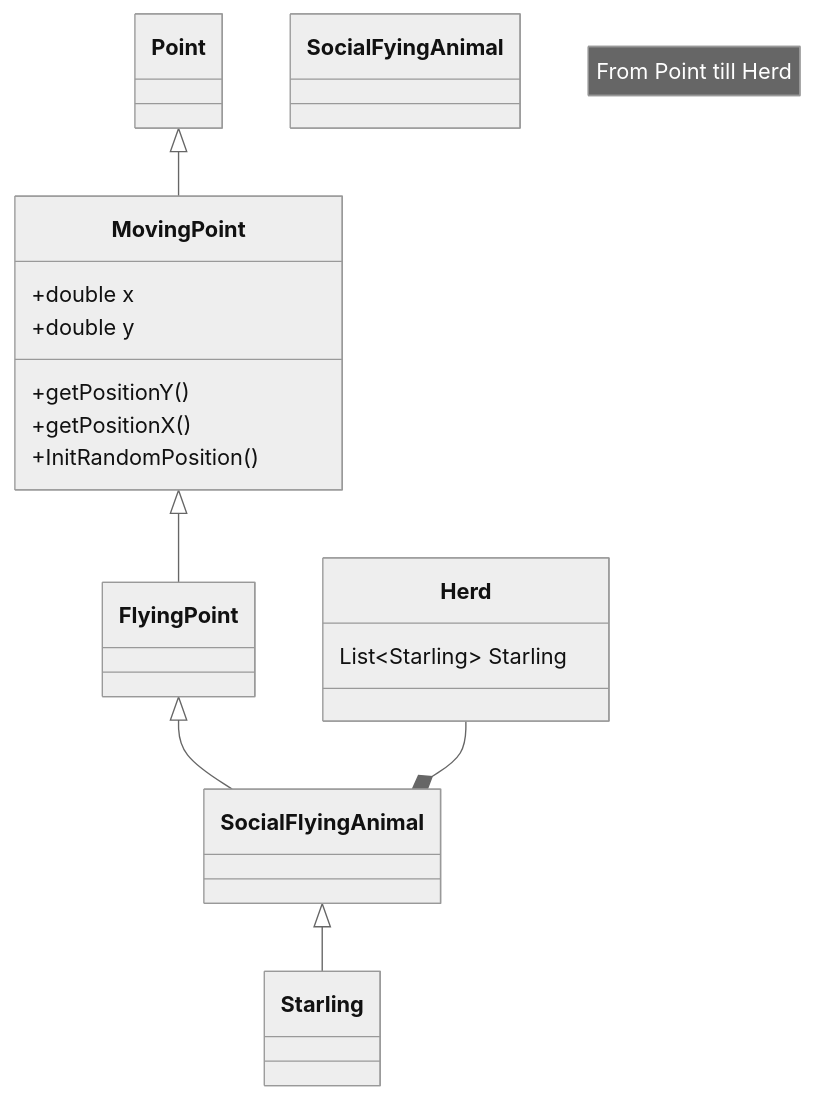
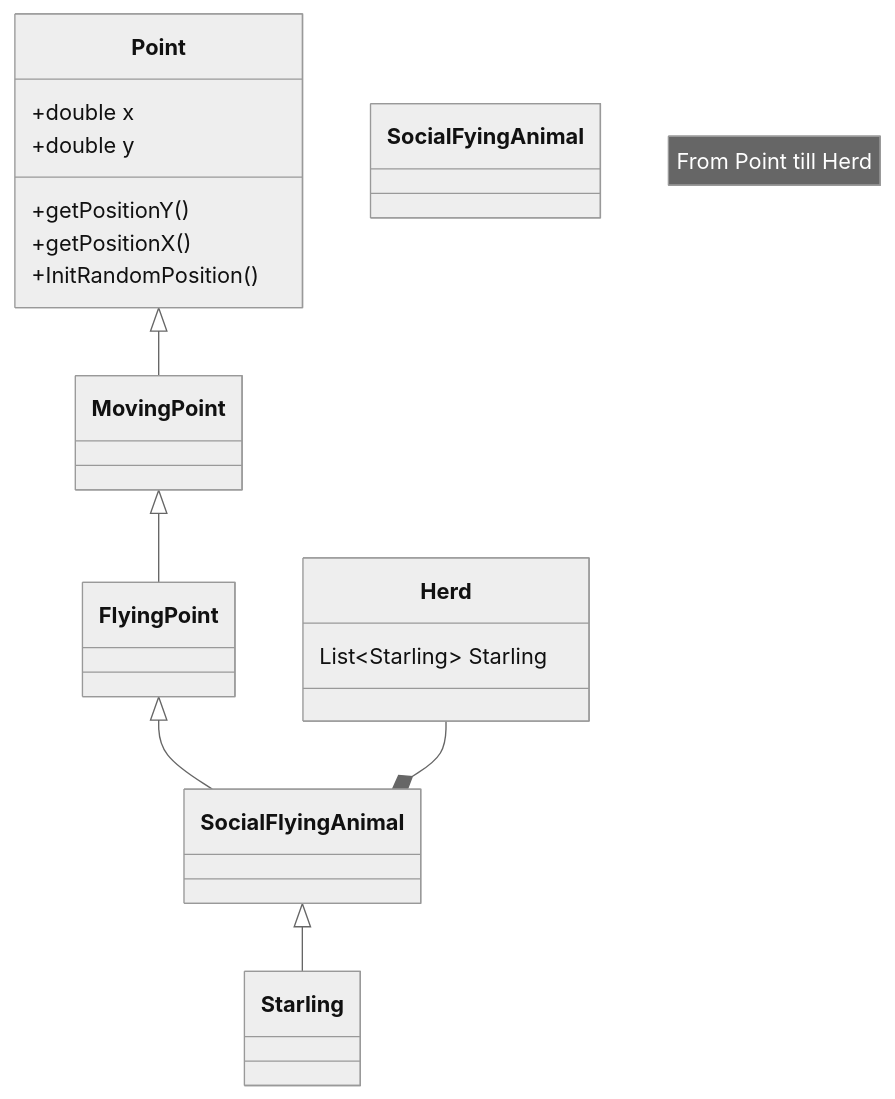
The diagram in README.md (subtitular/flight_of_the_starling), drawn with Mermaid (neutral theme) before and after one commit.

Commit message:
Corrijo propiedades de Point

````diff
--- a/README.md
+++ b/README.md
@@ -9,33 +9,33 @@
 ```mermaid
 classDiagram
     note "From Point till Herd"
     Point <|-- MovingPoint
     MovingPoint <|-- FlyingPoint
     FlyingPoint <|-- SocialFlyingAnimal
     SocialFlyingAnimal <|-- Starling
     Herd--*SocialFlyingAnimal
     class Point{
-
-    }
-    class MovingPoint{
         +double x
         +double y
         +getPositionY()
         +getPositionX()
         +InitRandomPosition()
+    }
+    class MovingPoint{
+        
     }
     class FlyingPoint{
 
     }
     class SocialFyingAnimal {
 
     }
     class Starling {
 
     }
     class Herd{
         List~Starling~  Starling
     }
 
 
 ```
````
